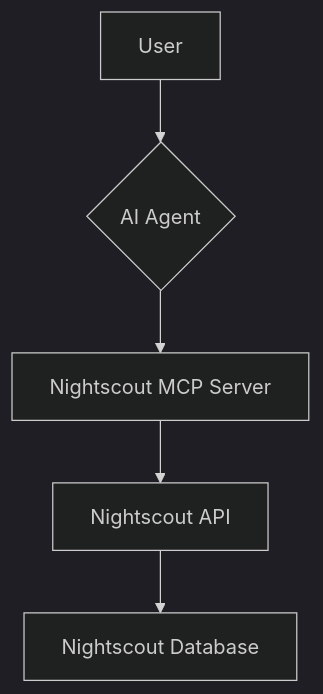
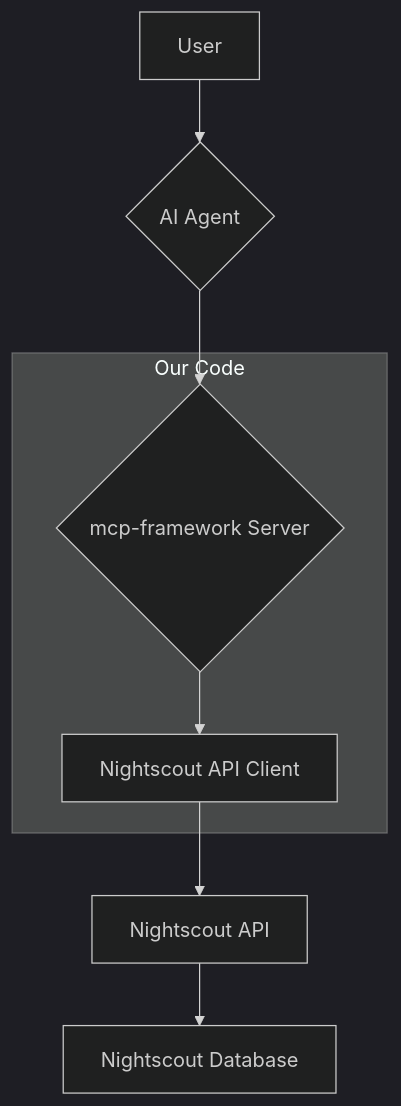
The diagram in DESIGN.md (ssuppe/nightscout-mcp), drawn with Mermaid (dark theme) before and after one commit. The commit also changed other lines of this file and 7 other files, not shown here.

Commit message:
Updated docs to use mcp-framework

````diff
--- a/DESIGN.md
+++ b/DESIGN.md
@@ -7,7 +9,13 @@
 ```mermaid
 graph TD
     A[User] --> B{AI Agent};
-    B --> C[Nightscout MCP Server];
-    C --> D[Nightscout API];
-    D --> E[Nightscout Database];
+    B --> C{mcp-framework Server};
+    C --> D[Nightscout API Client];
+    D --> E[Nightscout API];
+    E --> F[Nightscout Database];
+
+    subgraph "Our Code"
+        C
+        D
+    end
 ```
````
